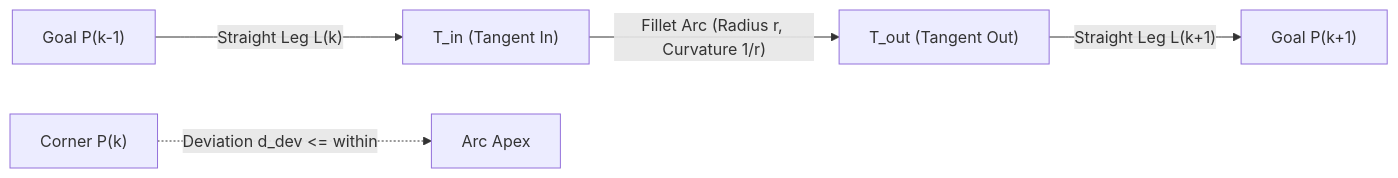
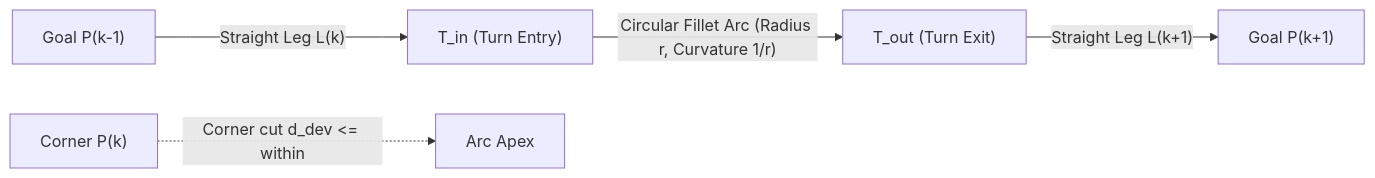
Before and after one commit to team581/offseason-2026: the diagram in shared/src/main/java/com/team581/trailblazer2/planning/01-path-geometry-and-kinematics.md, drawn with Mermaid. The commit also changed other lines of this file and 10 other files, not shown here.

````diff
--- a/shared/src/main/java/com/team581/trailblazer2/planning/01-path-geometry-and-kinematics.md
+++ b/shared/src/main/java/com/team581/trailblazer2/planning/01-path-geometry-and-kinematics.md
@@ -20,7 +48,7 @@
 ```mermaid
 flowchart LR
-    P_prev["Goal P(k-1)"] -->|"Straight Leg L(k)"| T_in["T_in (Tangent In)"]
-    T_in -->|"Fillet Arc (Radius r, Curvature 1/r)"| T_out["T_out (Tangent Out)"]
+    P_prev["Goal P(k-1)"] -->|"Straight Leg L(k)"| T_in["T_in (Turn Entry)"]
+    T_in -->|"Circular Fillet Arc (Radius r, Curvature 1/r)"| T_out["T_out (Turn Exit)"]
     T_out -->|"Straight Leg L(k+1)"| P_next["Goal P(k+1)"]
-    Corner["Corner P(k)"] -.->|"Deviation d_dev <= within"| ArcCenter["Arc Apex"]
+    Corner["Corner P(k)"] -.->|"Corner cut d_dev <= within"| ArcCenter["Arc Apex"]
 ```
````
